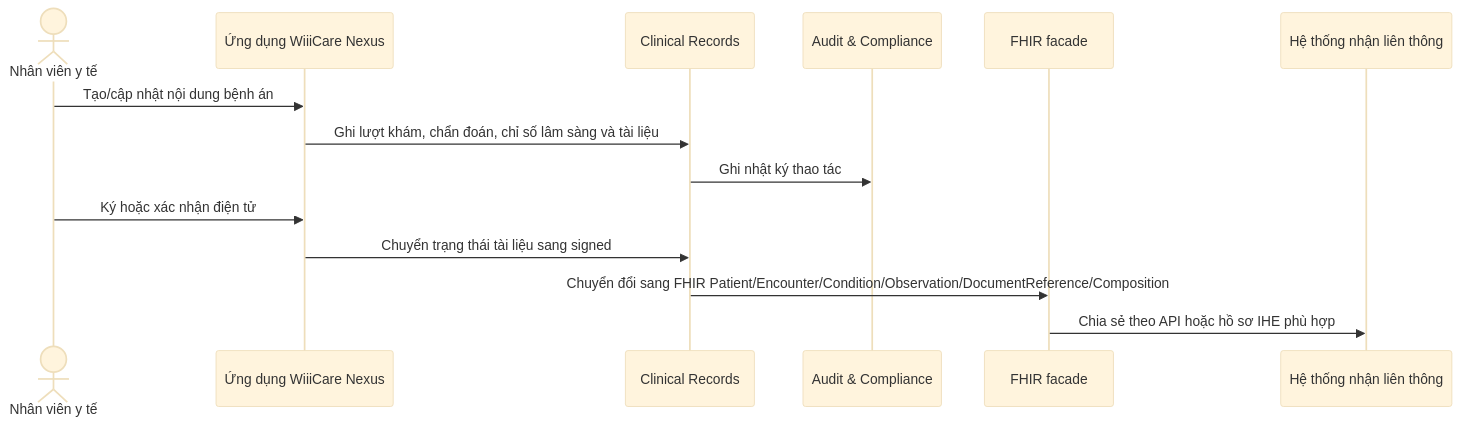
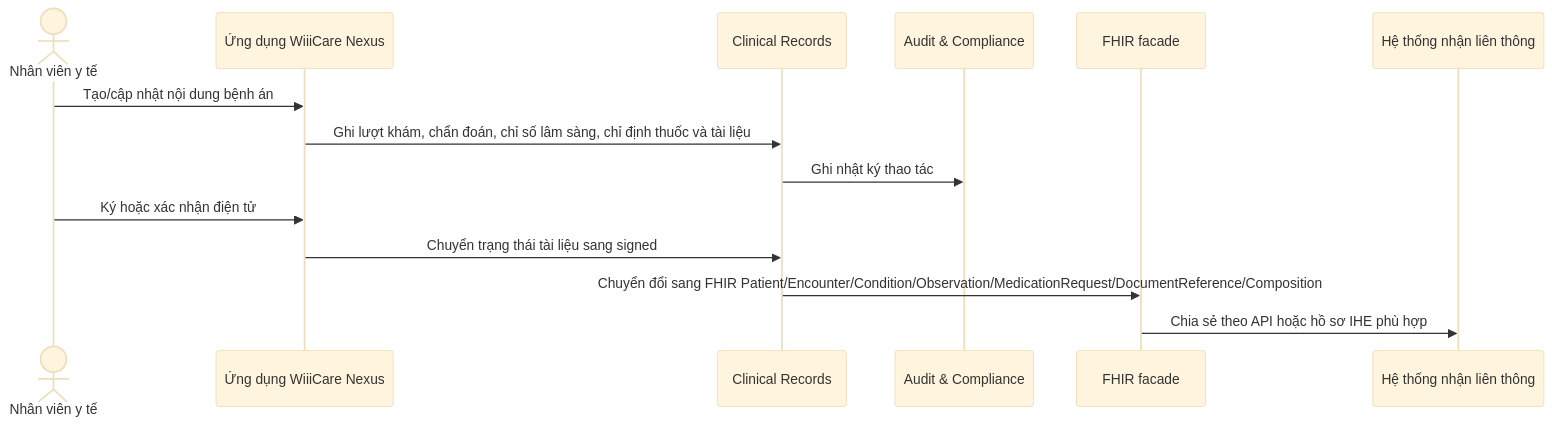
Before and after one commit to meiiie/benh_vien: the second of 2 diagrams in docs/ARCHITECTURE.md, drawn with Mermaid (base theme). The commit also changed other lines of this file and 33 other files, not shown here.

````diff
--- a/docs/ARCHITECTURE.md
+++ b/docs/ARCHITECTURE.md
@@ -59,17 +59,17 @@
 ```mermaid
 sequenceDiagram
   actor User as Nhân viên y tế
   participant App as Ứng dụng WiiiCare Nexus
   participant EMR as Clinical Records
   participant Audit as Audit & Compliance
   participant FHIR as FHIR facade
   participant Partner as Hệ thống nhận liên thông
 
   User->>App: Tạo/cập nhật nội dung bệnh án
-  App->>EMR: Ghi lượt khám, chẩn đoán, chỉ số lâm sàng và tài liệu
+  App->>EMR: Ghi lượt khám, chẩn đoán, chỉ số lâm sàng, chỉ định thuốc và tài liệu
   EMR->>Audit: Ghi nhật ký thao tác
   User->>App: Ký hoặc xác nhận điện tử
   App->>EMR: Chuyển trạng thái tài liệu sang signed
-  EMR->>FHIR: Chuyển đổi sang FHIR Patient/Encounter/Condition/Observation/DocumentReference/Composition
+  EMR->>FHIR: Chuyển đổi sang FHIR Patient/Encounter/Condition/Observation/MedicationRequest/DocumentReference/Composition
   FHIR->>Partner: Chia sẻ theo API hoặc hồ sơ IHE phù hợp
 ```
````
